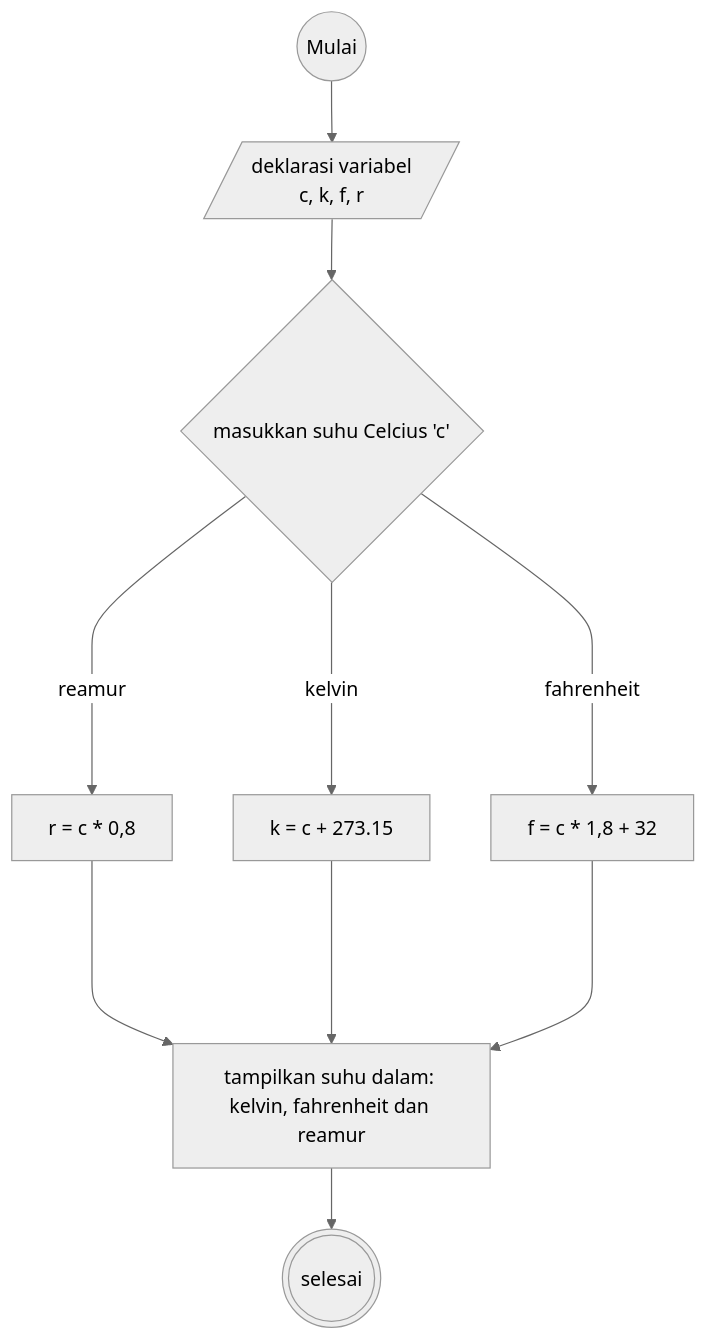
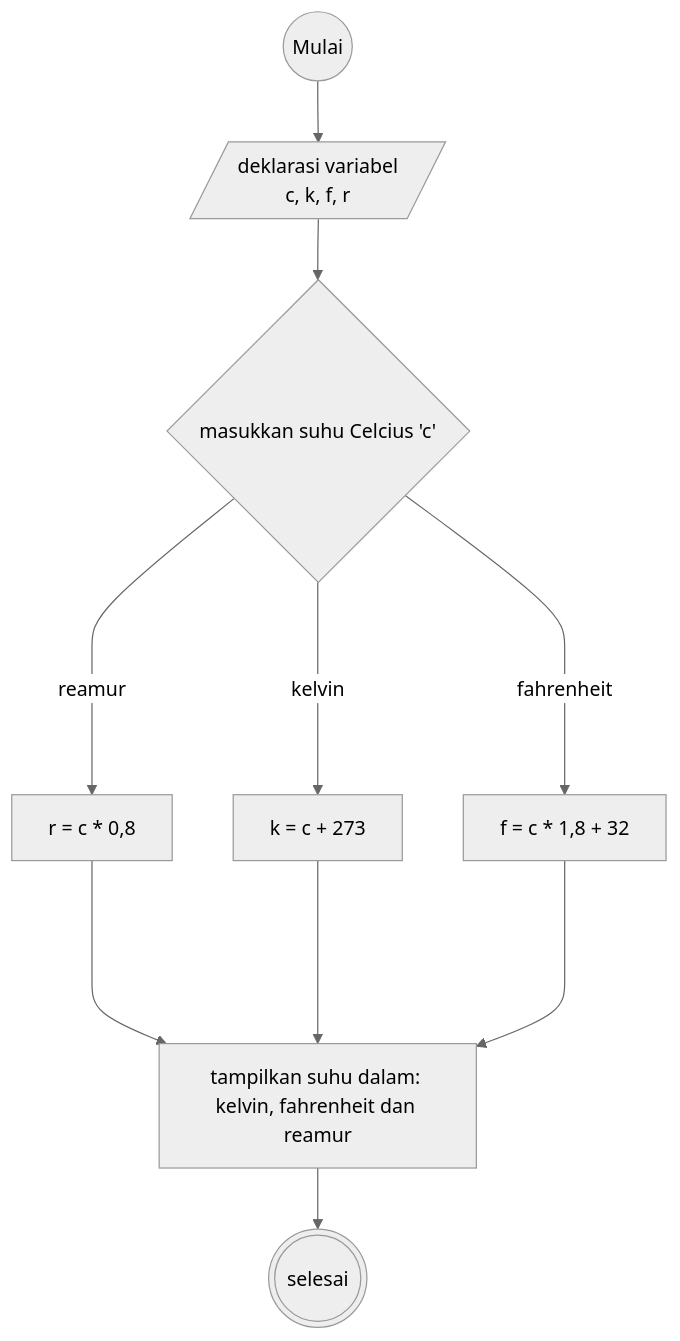
One commit to Antofebriann/fgo24-Algoritma changed the diagram in Algoritma_Konversi_Suhu.md. Above: the diagram before and after it, drawn with Mermaid (neutral theme).

````diff
--- a/Algoritma_Konversi_Suhu.md
+++ b/Algoritma_Konversi_Suhu.md
@@ -16,23 +16,23 @@
 ```mermaid
 flowchart TD
     a@{shape: circle, label: "Mulai"}
     b@{shape: lean-r, label: "deklarasi variabel 
     c, k, f, r"}
     c{masukkan suhu Celcius 'c' }
-    d[k = c + 273.15]
+    d[k = c + 273]
     e[f = c * 1,8 + 32]
     f[r = c * 0,8]
     g[tampilkan suhu dalam: kelvin, fahrenheit dan reamur]
     x@{shape: dbl-circ, label: "selesai"}
 
     a --> b
     b --> c
     c ---->|kelvin| d
     c ---->|fahrenheit| e
     c ---->|reamur| f
     f ----> g
     d ----> g
     e ----> g
     g --> x
 
 ``` 
````
